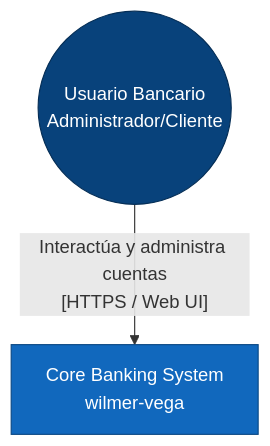
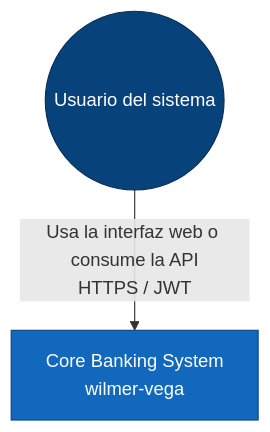
Before and after one commit to Digiwill08/ConstruccionDeSoftware2WilmerVega: the first of 3 diagrams in C4_ARCHITECTURE.md, drawn with Mermaid. The commit also changed other lines of this file and 7 other files, not shown here.

First line of the commit message:
Refactor banking system documentation and domain model

````diff
--- a/C4_ARCHITECTURE.md
+++ b/C4_ARCHITECTURE.md
@@ -10,16 +7,13 @@
 ```mermaid
 graph TD
-    %% Nodos
-    User((Usuario Bancario\nAdministrador/Cliente))
-    System[Core Banking System\nwilmer-vega]
-    
-    %% Relaciones
-    User -- "Interactúa y administra cuentas\n[HTTPS / Web UI]" --> System
-    
-    %% Estilos (C4 Colors)
+    Usuario((Usuario del sistema))
+    Sistema[Core Banking System\nwilmer-vega]
+
+    Usuario -- "Usa la interfaz web o consume la API\nHTTPS / JWT" --> Sistema
+
     classDef person fill:#08427b,stroke:#052e56,color:#fff;
     classDef system fill:#1168bd,stroke:#0b4884,color:#fff;
-    
-    class User person;
-    class System system;
+
+    class Usuario person;
+    class Sistema system;
 ```
````
